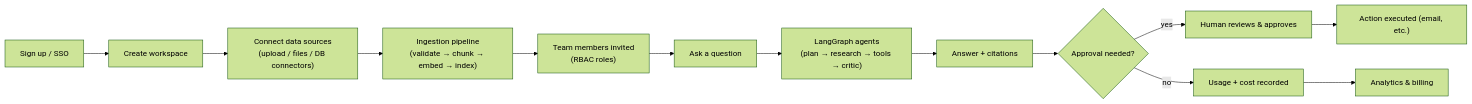
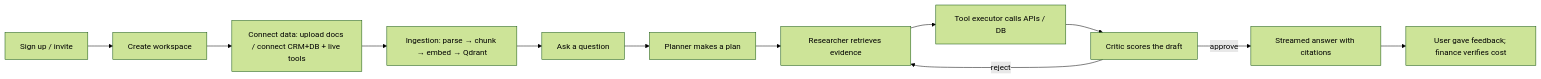
The diagram in docs/01-problem.md (keerthivasan01082004-arch/LangGraph-Multi-Agent-Orchestration-System), drawn with Mermaid (forest theme) before and after one commit. The commit also changed other lines of this file and 3 other files, not shown here.

Commit message:
docs: complete problem and architecture sections; polish fine-tuning cost narrative

````diff
--- a/docs/01-problem.md
+++ b/docs/01-problem.md
@@ -57,15 +47,14 @@
 ```mermaid
 flowchart LR
-    A["Sign up / SSO"] --> B["Create workspace"]
-    B --> C["Connect data sources<br>(upload / files / DB connectors)"]
-    C --> D["Ingestion pipeline<br>(validate → chunk → embed → index)"]
-    D --> E["Team members invited<br>(RBAC roles)"]
-    E --> F["Ask a question"]
-    F --> G["LangGraph agents<br>(plan → research → tools → critic)"]
-    G --> H["Answer + citations"]
-    H --> I{Approval needed?}
-    I -- yes --> J["Human reviews & approves"]
-    J --> K["Action executed (email, etc.)"]
-    I -- no --> L["Usage + cost recorded"]
-    L --> M["Analytics & billing"]
+    A[Sign up / invite] --> B[Create workspace]
+    B --> C[Connect data: upload docs / connect CRM+DB + live tools]
+    C --> D[Ingestion: parse → chunk → embed → Qdrant]
+    D --> E[Ask a question]
+    E --> F[Planner makes a plan]
+    F --> G[Researcher retrieves evidence]
+    G --> H[Tool executor calls APIs / DB]
+    H --> I[Critic scores the draft]
+    I -->|reject| G
+    I -->|approve| J[Streamed answer with citations]
+    J --> K[User gave feedback; finance verifies cost]
 ```
````
